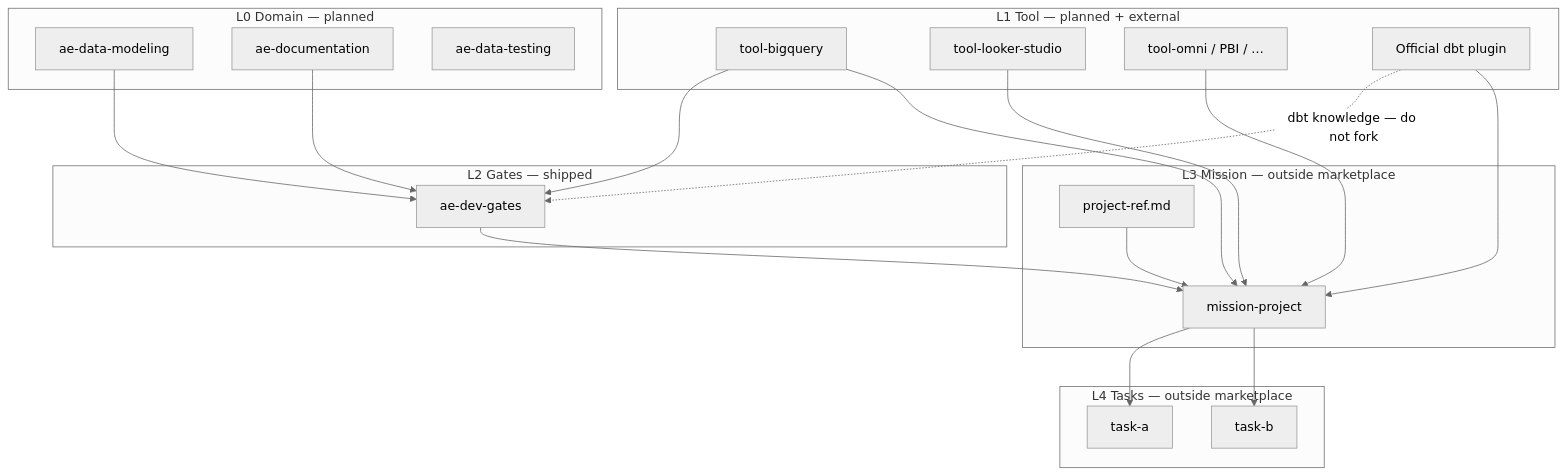
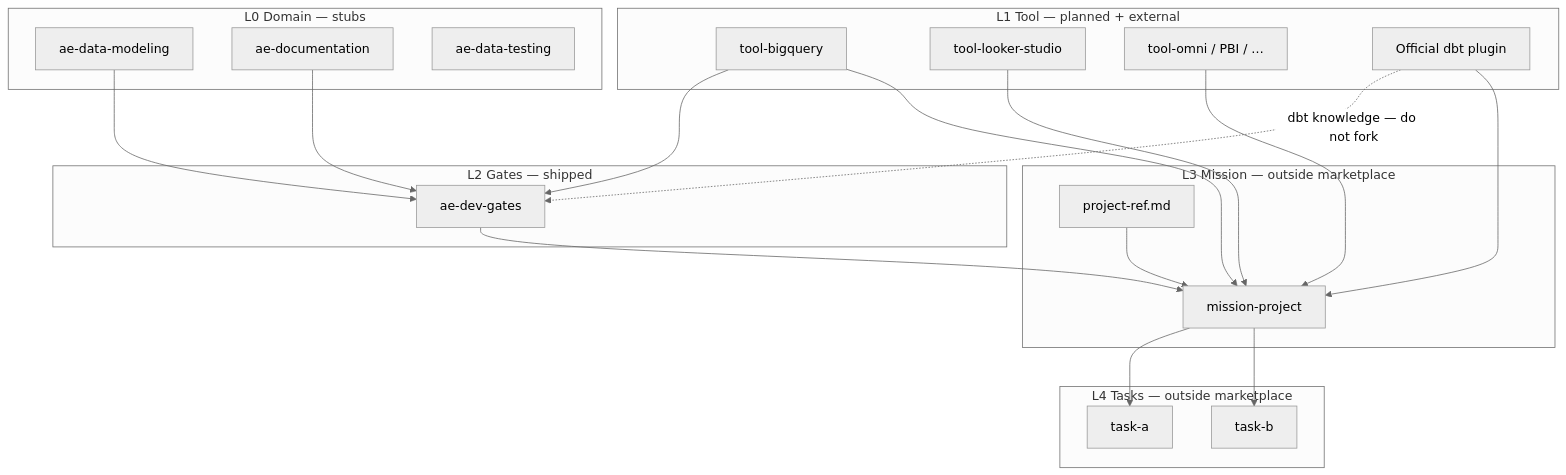
The first of 3 diagrams in plugins/ae-agent-skills/skills/ae-corpus/architecture.md (doudjol57/ae-agent-skills), drawn with Mermaid (neutral theme) before and after one commit. The commit also changed other lines of this file and 9 other files, not shown here.

First line of the commit message:
feat: add L0 domain skill stubs for AE collaboration (#6)

````diff
--- a/plugins/ae-agent-skills/skills/ae-corpus/architecture.md
+++ b/plugins/ae-agent-skills/skills/ae-corpus/architecture.md
@@ -8,42 +8,42 @@
 ```mermaid
 flowchart TB
-  subgraph L0 [L0 Domain — planned]
+  subgraph L0 [L0 Domain — stubs]
     ADM[ae-data-modeling]
     ADOc[ae-documentation]
     ADT[ae-data-testing]
   end
 
   subgraph L1 [L1 Tool — planned + external]
     TBQ[tool-bigquery]
     TLS[tool-looker-studio]
     TOM[tool-omni / PBI / …]
     PDBT[Official dbt plugin]
   end
 
   subgraph L2 [L2 Gates — shipped]
     GATES[ae-dev-gates]
   end
 
   subgraph L3 [L3 Mission — outside marketplace]
     MH[mission-project]
     PH[project-ref.md]
   end
 
   subgraph L4 [L4 Tasks — outside marketplace]
     T1[task-a]
     T2[task-b]
   end
 
   PDBT -.->|dbt knowledge — do not fork| GATES
   ADM --> GATES
   ADOc --> GATES
   TBQ --> GATES
   GATES --> MH
   TBQ --> MH
   TLS --> MH
   TOM --> MH
   PDBT --> MH
   PH --> MH
   MH --> T1
   MH --> T2
 ```
````
